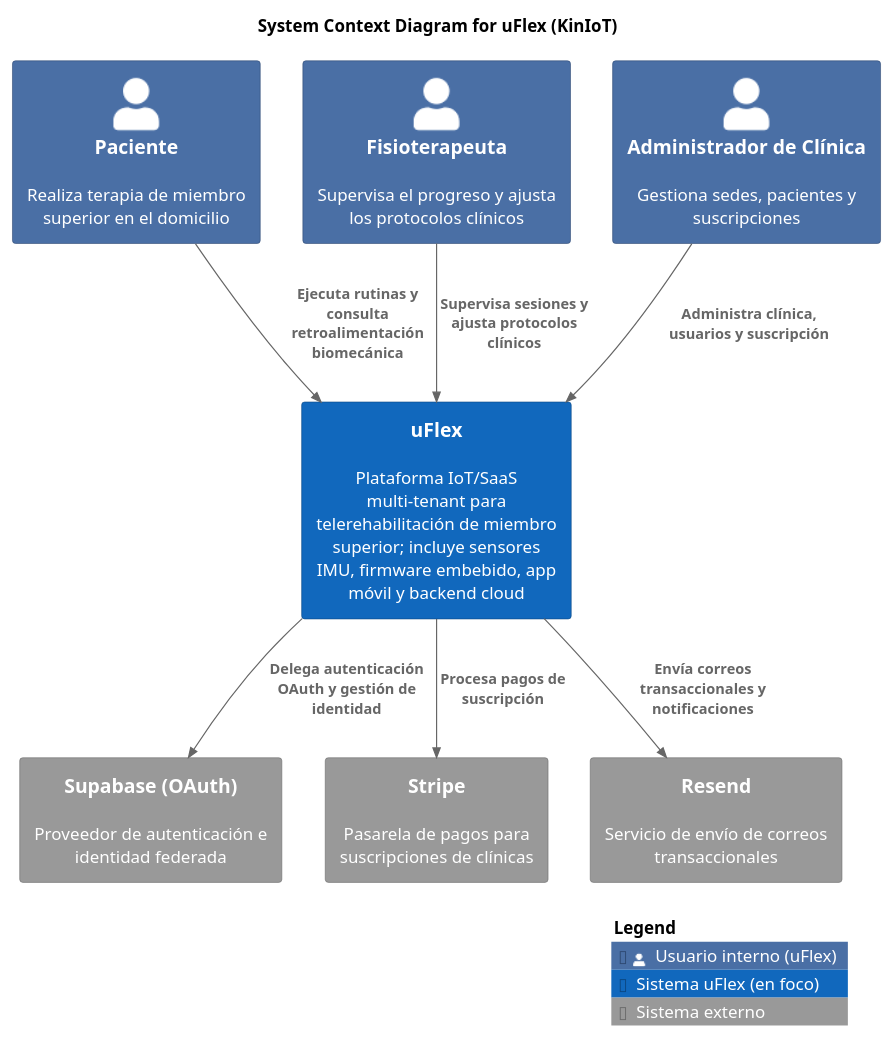
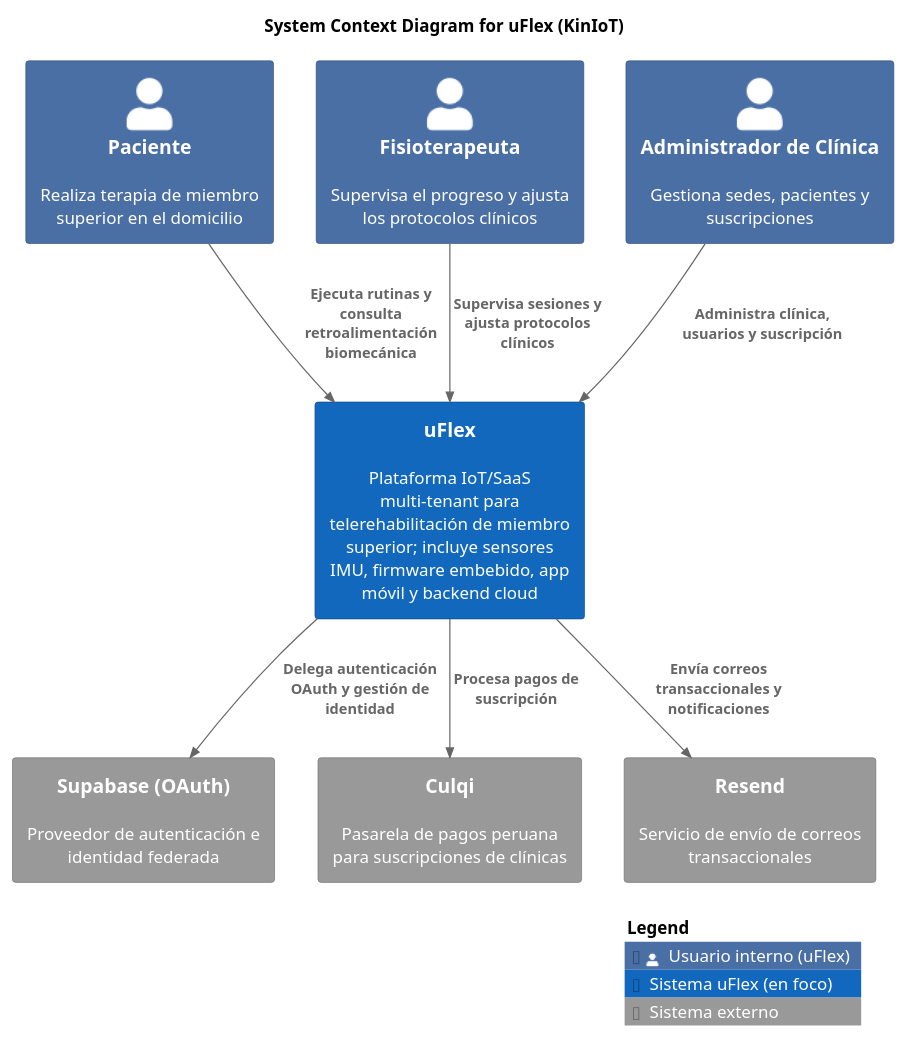
The diagram in assets/diagrams/software-architecture/context/src/context.puml (kiniot/uflex-project-report), drawn with PlantUML before and after one commit. The commit also changed 5 other files, not shown here.

First line of the commit message:
docs(chapter-4): switch Stripe to Culqi and reintroduce IAM Service

```diff
--- a/assets/diagrams/software-architecture/context/src/context.puml
+++ b/assets/diagrams/software-architecture/context/src/context.puml
@@ -1,40 +1,40 @@
 @startuml uflex-sa-context
 !include https://raw.githubusercontent.com/plantuml-stdlib/C4-PlantUML/master/C4_Context.puml
 !include https://raw.githubusercontent.com/plantuml-stdlib/C4-PlantUML/master/C4_Container.puml
 !include https://raw.githubusercontent.com/plantuml-stdlib/C4-PlantUML/master/C4_Component.puml
 
 ' Styling approximations for Structurizr look (blue & gray palette)
 skinparam shadowing false
 skinparam defaultFontName Arial
 skinparam Handwritten false
 skinparam Padding 2
 skinparam wrapWidth 200
 
 ' ---- Tags / legend (blue for uFlex, gray for external) ----
 AddPersonTag("internal", $bgColor="#4A6FA5", $fontColor="#ffffff", $borderColor="#2F4A73", $legendText="Usuario interno (uFlex)")
 AddSystemTag("target",   $bgColor="#1168BD", $fontColor="#ffffff", $borderColor="#0B4884", $legendText="Sistema uFlex (en foco)")
 AddSystemTag("external", $bgColor="#999999", $fontColor="#ffffff", $borderColor="#6B6B6B", $legendText="Sistema externo")
 
 ' System Context Diagram
 title System Context Diagram for uFlex (KinIoT)
 
 Person(patient,         "Paciente",                 "Realiza terapia de miembro superior en el domicilio", $tags="internal")
 Person(physiotherapist, "Fisioterapeuta",           "Supervisa el progreso y ajusta los protocolos clínicos", $tags="internal")
 Person(clinicAdmin,     "Administrador de Clínica", "Gestiona sedes, pacientes y suscripciones", $tags="internal")
 
 System(uflex, "uFlex", "Plataforma IoT/SaaS multi-tenant para telerehabilitación de miembro superior; incluye sensores IMU, firmware embebido, app móvil y backend cloud", $tags="target")
 
 System_Ext(supabase, "Supabase (OAuth)", "Proveedor de autenticación e identidad federada", $tags="external")
-System_Ext(stripe,   "Stripe",            "Pasarela de pagos para suscripciones de clínicas", $tags="external")
+System_Ext(culqi,    "Culqi",             "Pasarela de pagos peruana para suscripciones de clínicas", $tags="external")
 System_Ext(resend,   "Resend",            "Servicio de envío de correos transaccionales", $tags="external")
 
 Rel(patient,         uflex, "Ejecuta rutinas y consulta retroalimentación biomecánica")
 Rel(physiotherapist, uflex, "Supervisa sesiones y ajusta protocolos clínicos")
 Rel(clinicAdmin,     uflex, "Administra clínica, usuarios y suscripción")
 
 Rel(uflex, supabase, "Delega autenticación OAuth y gestión de identidad")
-Rel(uflex, stripe,   "Procesa pagos de suscripción")
+Rel(uflex, culqi,    "Procesa pagos de suscripción")
 Rel(uflex, resend,   "Envía correos transaccionales y notificaciones")
 
 SHOW_LEGEND()
 @enduml
```
